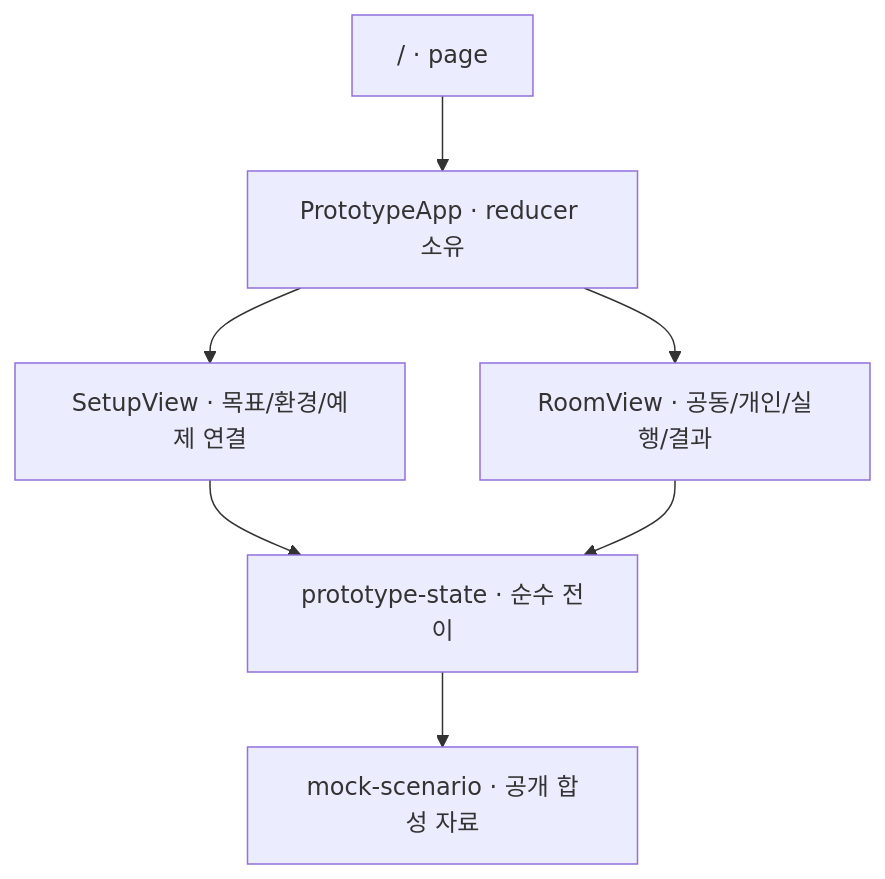
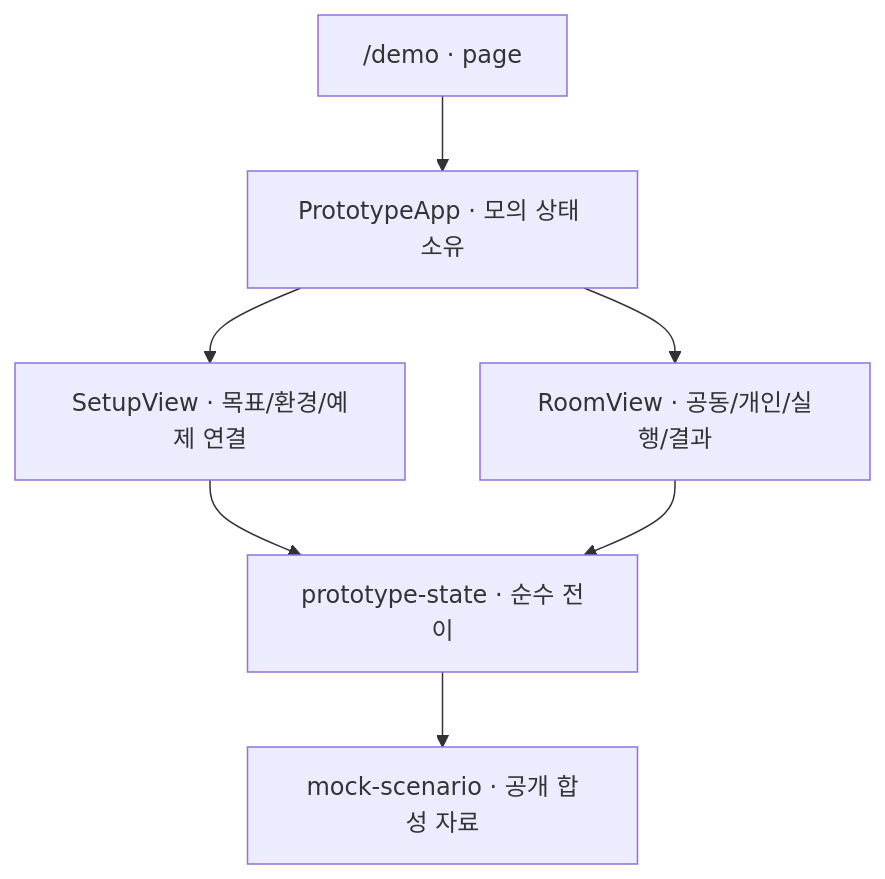
One commit to sangjun-pullim/ai-collaboration-platform changed the diagram in docs/FRONTEND-ARCHITECTURE.md. Above: the diagram before and after it, drawn with Mermaid. The commit also changed other lines of this file and 15 other files, not shown here.

````diff
--- a/docs/FRONTEND-ARCHITECTURE.md
+++ b/docs/FRONTEND-ARCHITECTURE.md
@@ -24,9 +26,9 @@
 ```mermaid
 flowchart TD
-    Page["/ · page"] --> App["PrototypeApp · reducer 소유"]
+    Page["/demo · page"] --> App["PrototypeApp · 모의 상태 소유"]
     App --> Setup["SetupView · 목표/환경/예제 연결"]
     App --> Room["RoomView · 공동/개인/실행/결과"]
     Setup --> State["prototype-state · 순수 전이"]
     Room --> State
     State --> Mock["mock-scenario · 공개 합성 자료"]
 ```
````
